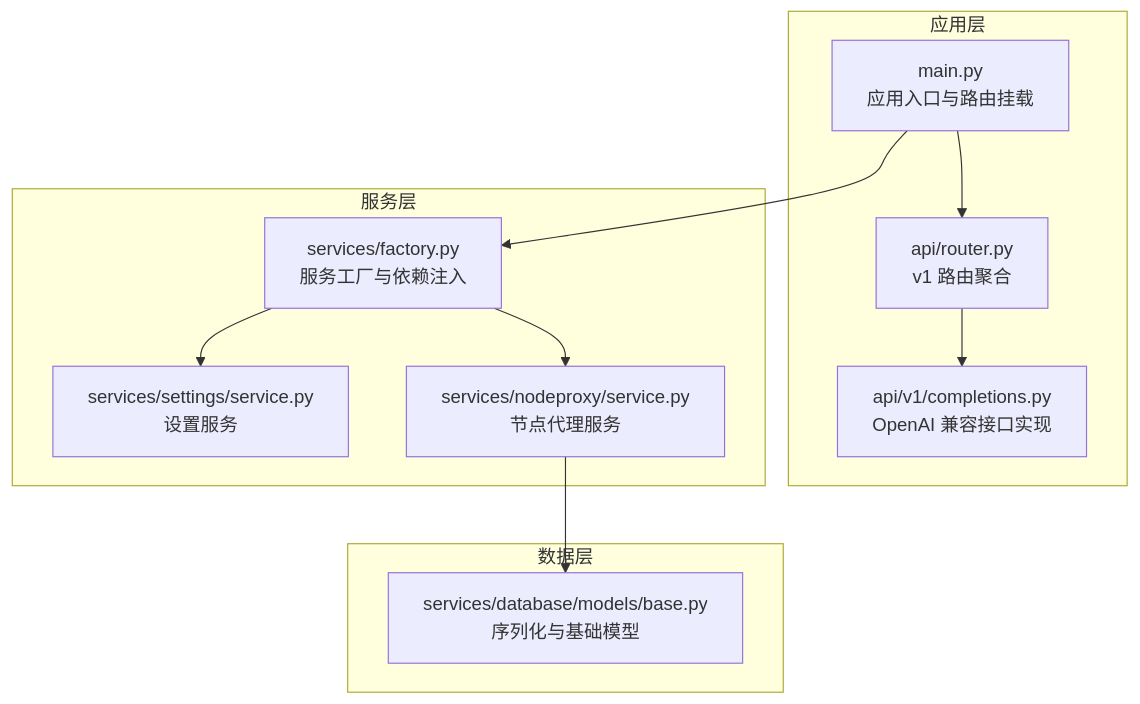
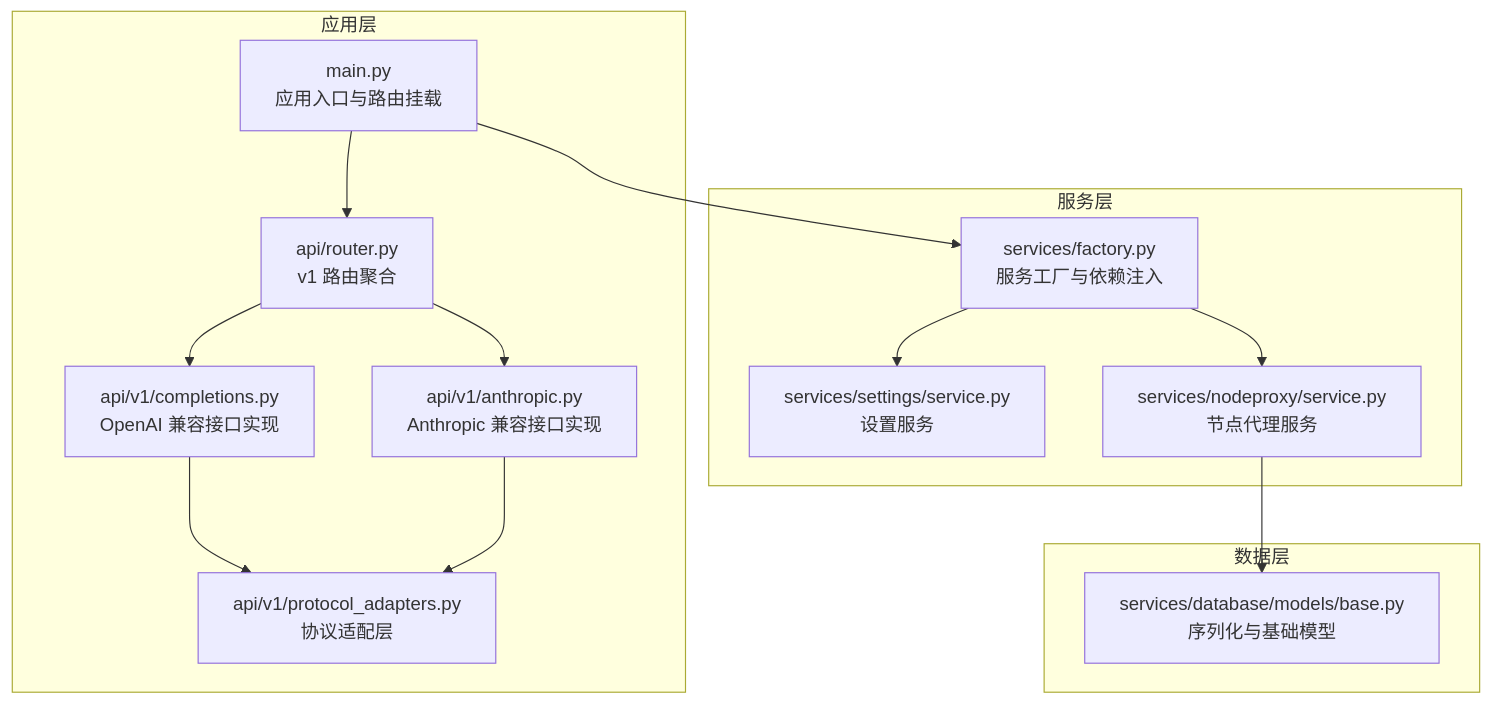
The first of 5 diagrams in docs/wiki/content/项目概述.md (snz1dp/apiproxy), drawn with Mermaid before and after one commit. The commit also changed other lines of this file and 12 other files, not shown here.

````diff
--- a/docs/wiki/content/项目概述.md
+++ b/docs/wiki/content/项目概述.md
@@ -52,22 +54,27 @@
 ```mermaid
 graph TB
 subgraph "应用层"
 MAIN["main.py<br/>应用入口与路由挂载"]
 ROUTER["api/router.py<br/>v1 路由聚合"]
 V1["api/v1/completions.py<br/>OpenAI 兼容接口实现"]
+ANTH["api/v1/anthropic.py<br/>Anthropic 兼容接口实现"]
+ADAPTER["api/v1/protocol_adapters.py<br/>协议适配层"]
 end
 subgraph "服务层"
 FACTORY["services/factory.py<br/>服务工厂与依赖注入"]
 SETSV["services/settings/service.py<br/>设置服务"]
 NODEPS["services/nodeproxy/service.py<br/>节点代理服务"]
 end
 subgraph "数据层"
 MODELS["services/database/models/base.py<br/>序列化与基础模型"]
 end
 MAIN --> ROUTER
 ROUTER --> V1
+ROUTER --> ANTH
+V1 --> ADAPTER
+ANTH --> ADAPTER
 MAIN --> FACTORY
 FACTORY --> NODEPS
 FACTORY --> SETSV
 NODEPS --> MODELS
 ```
````
